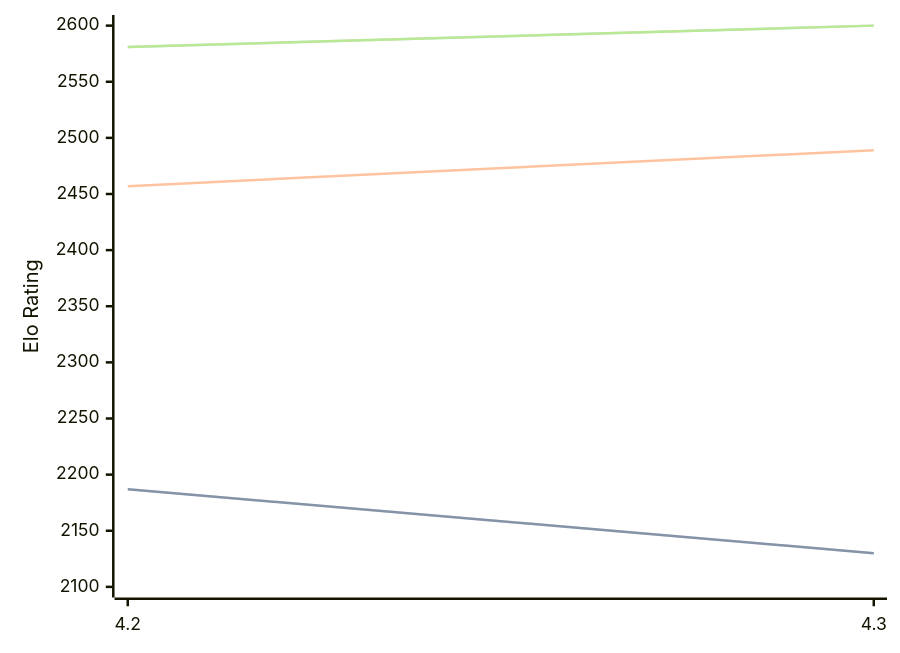
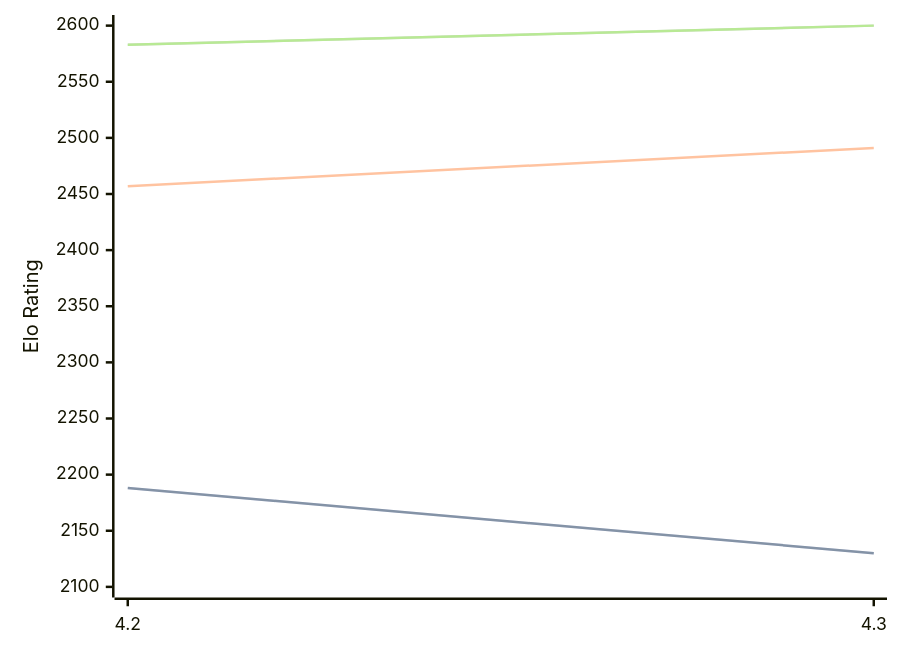
Before and after one commit to computer-chess-index/cci: the diagram in engines/Eubos.md, drawn with Mermaid. The commit also changed other lines of this file, not shown here.

Commit message:
Update CCI Ratings (ELO VLTC) - 2026-04-13

````diff
--- a/engines/Eubos.md
+++ b/engines/Eubos.md
@@ -88,11 +88,11 @@
 ```mermaid
 %%{init: {"theme":"base","themeVariables":{"seriesColors:['#a3a3a3','#222221','#faa371']}}}%%
 xychart-beta
   x-axis ["4.2", "4.3"]
   y-axis "Elo Rating" 2100 --> 2600
-  line "STC (8.0+0.08s)" [2187, 2130]
-  line "STC (8.0+0.08s)" [2187, 2130]
-  line "LTC (60.0+0.60s)" [2457, 2489]
-  line "VLTC (2m24s+1.12s)" [2581, 2600]
-  line "VLTC (2m24s+1.12s)" [2581, 2600]
+  line "STC (8.0+0.08s)" [2188, 2130]
+  line "STC (8.0+0.08s)" [2188, 2130]
+  line "LTC (60.0+0.60s)" [2457, 2491]
+  line "VLTC (2m24s+1.12s)" [2583, 2600]
+  line "VLTC (2m24s+1.12s)" [2583, 2600]
 ```
````
